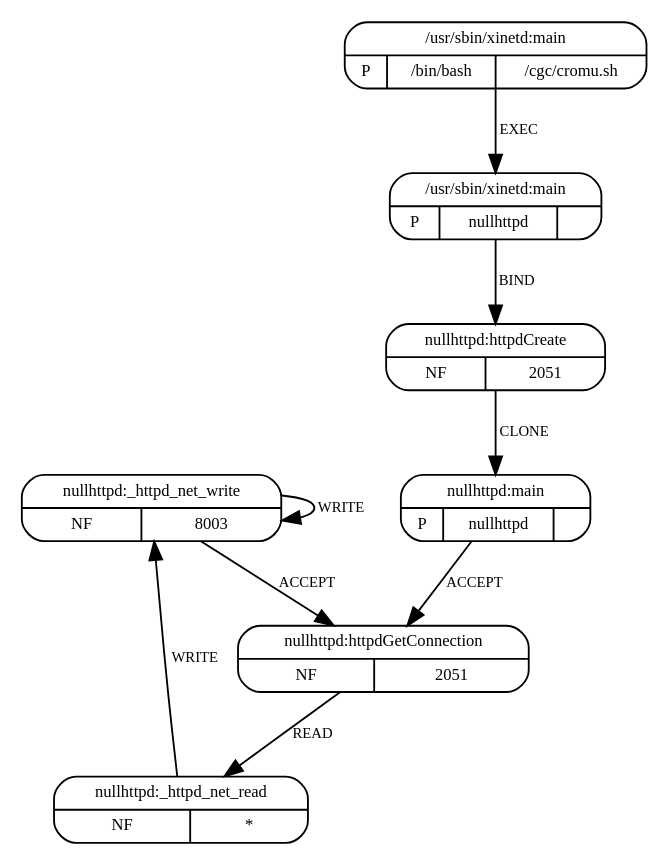
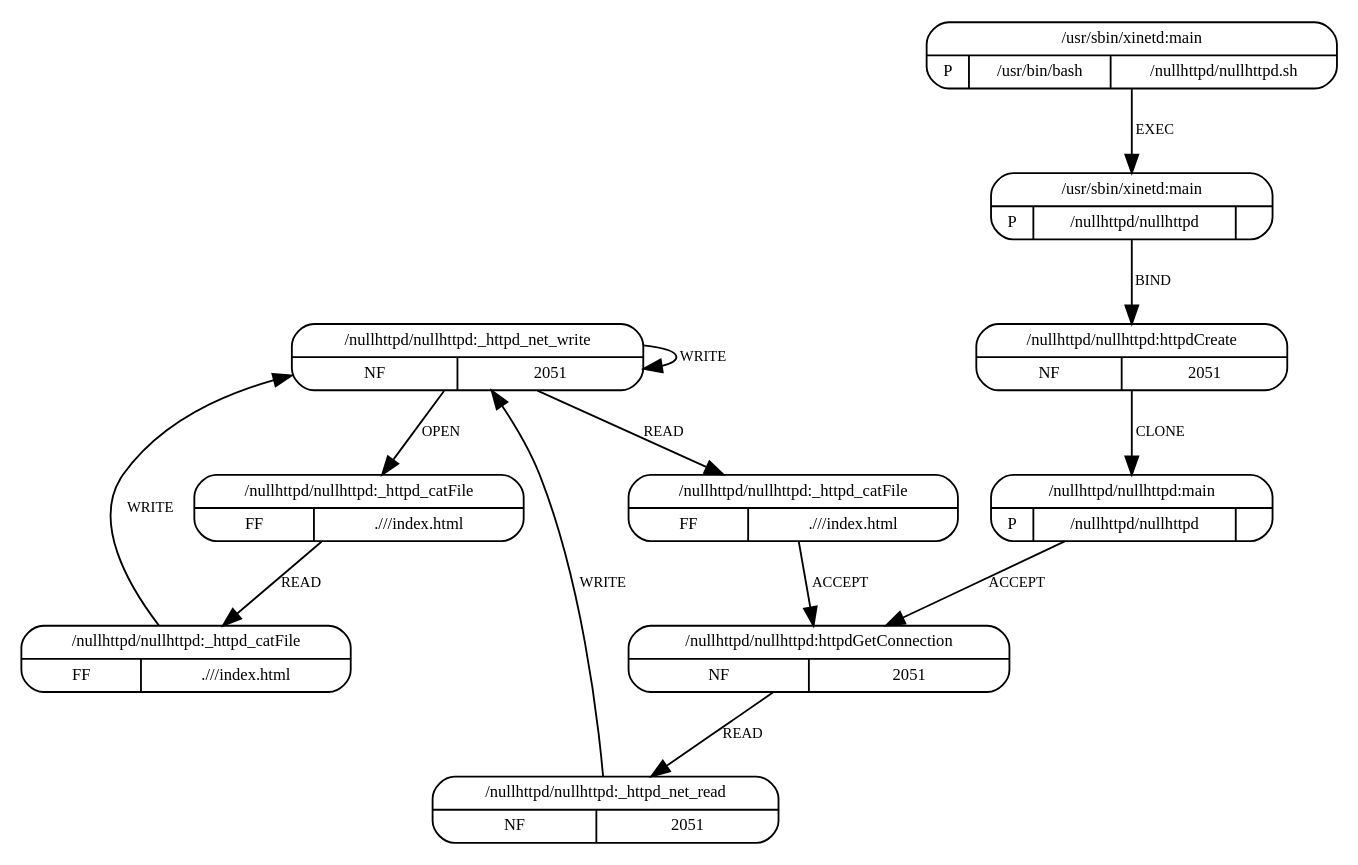
Before and after one commit to sysflow-telemetry/upolicycraft: the diagram in plugins/mrm/resources/models/nullhttpd.dot, drawn with Graphviz. The commit also changed 3 other files, not shown here.

```diff
--- a/plugins/mrm/resources/models/nullhttpd.dot
+++ b/plugins/mrm/resources/models/nullhttpd.dot
@@ -1,23 +1,43 @@
 digraph G {
-  4 [shape=Mrecord, label="{{nullhttpd:_httpd_net_write}|{NF|8003}}", fontsize=9, ];
-  2 [shape=Mrecord, label="{{nullhttpd:httpdCreate}|{NF|2051}}", fontsize=9, ];
-  5 [shape=Mrecord, label="{{nullhttpd:httpdGetConnection}|{NF|2051}}",
+  4 [shape=Mrecord, label="{{/nullhttpd/nullhttpd:_httpd_net_write}|{NF|2051}}",
      fontsize=9, ];
-  6 [shape=Mrecord, label="{{nullhttpd:_httpd_net_read}|{NF|*}}", fontsize=9, ];
-  3 [shape=Mrecord, label="{{nullhttpd:main}|{P|nullhttpd|}}", fontsize=9, ];
+  8 [shape=Mrecord,
+     label="{{/nullhttpd/nullhttpd:_httpd_catFile}|{FF|.///index.html}}",
+     fontsize=9, ];
+  9 [shape=Mrecord,
+     label="{{/nullhttpd/nullhttpd:_httpd_catFile}|{FF|.///index.html}}",
+     fontsize=9, ];
+  5 [shape=Mrecord,
+     label="{{/nullhttpd/nullhttpd:_httpd_catFile}|{FF|.///index.html}}",
+     fontsize=9, ];
+  2 [shape=Mrecord, label="{{/nullhttpd/nullhttpd:httpdCreate}|{NF|2051}}",
+     fontsize=9, ];
+  6 [shape=Mrecord,
+     label="{{/nullhttpd/nullhttpd:httpdGetConnection}|{NF|2051}}",
+     fontsize=9, ];
+  7 [shape=Mrecord, label="{{/nullhttpd/nullhttpd:_httpd_net_read}|{NF|2051}}",
+     fontsize=9, ];
+  3 [shape=Mrecord,
+     label="{{/nullhttpd/nullhttpd:main}|{P|/nullhttpd/nullhttpd|}}",
+     fontsize=9, ];
   0 [shape=Mrecord,
-     label="{{/usr/sbin/xinetd:main}|{P|/bin/bash|/cgc/cromu.sh}}",
+     label="{{/usr/sbin/xinetd:main}|{P|/usr/bin/bash|/nullhttpd/nullhttpd.sh}}",
      fontsize=9, ];
-  1 [shape=Mrecord, label="{{/usr/sbin/xinetd:main}|{P|nullhttpd|}}", fontsize=9, ];
+  1 [shape=Mrecord, label="{{/usr/sbin/xinetd:main}|{P|/nullhttpd/nullhttpd|}}",
+     fontsize=9, ];
   
   
   4 -> 4 [label="WRITE", fontsize=8, ];
-  4 -> 5 [label="ACCEPT", fontsize=8, ];
+  4 -> 8 [label="OPEN", fontsize=8, ];
+  4 -> 5 [label="READ", fontsize=8, ];
+  8 -> 9 [label="READ", fontsize=8, ];
+  9 -> 4 [label="WRITE", fontsize=8, ];
+  5 -> 6 [label="ACCEPT", fontsize=8, ];
   2 -> 3 [label="CLONE", fontsize=8, ];
-  5 -> 6 [label="READ", fontsize=8, ];
-  6 -> 4 [label="WRITE", fontsize=8, ];
-  3 -> 5 [label="ACCEPT", fontsize=8, ];
+  6 -> 7 [label="READ", fontsize=8, ];
+  7 -> 4 [label="WRITE", fontsize=8, ];
+  3 -> 6 [label="ACCEPT", fontsize=8, ];
   0 -> 1 [label="EXEC", fontsize=8, ];
   1 -> 2 [label="BIND", fontsize=8, ];
   
   }
```
